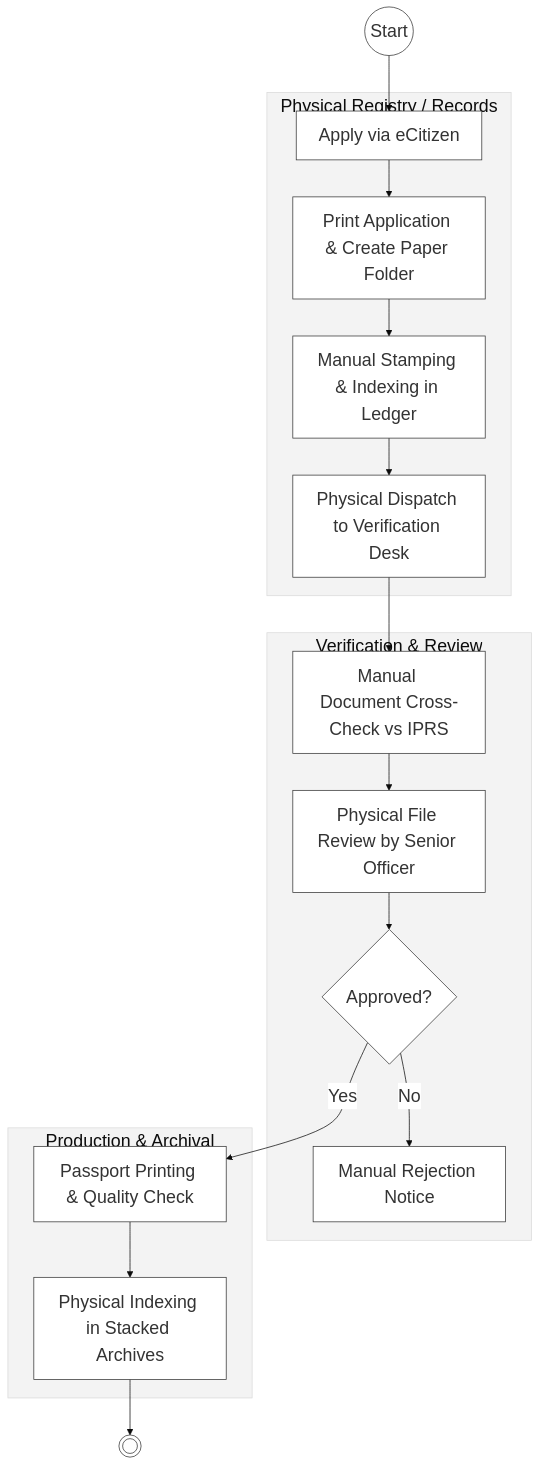
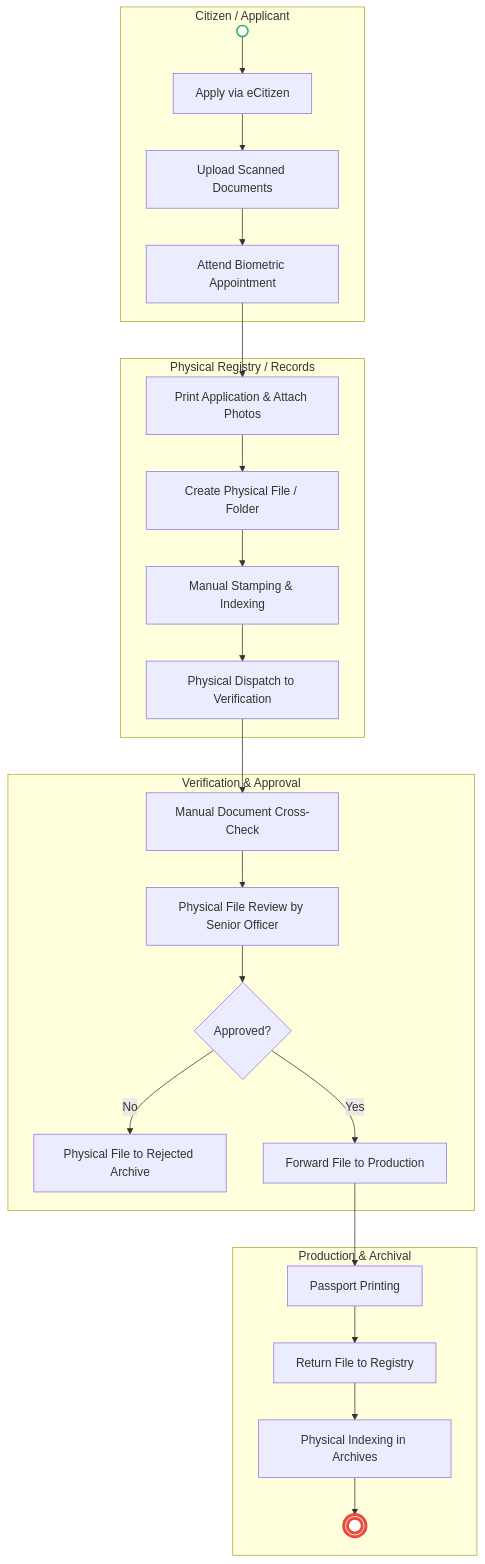
Before and after one commit to BITZ-IT-Consulting-LTD/ictapoc: the first of 2 diagrams in mdas/docs_final/priority_mdas/STATE_DEPARTMENT_FOR_IMMIGRATION_AND_CITIZEN_SERVICES___Passport_Application.md, drawn with Mermaid. The commit also changed other lines of this file and 90 other files, not shown here.

````diff
--- a/mdas/docs_final/priority_mdas/STATE_DEPARTMENT_FOR_IMMIGRATION_AND_CITIZEN_SERVICES___Passport_Application.md
+++ b/mdas/docs_final/priority_mdas/STATE_DEPARTMENT_FOR_IMMIGRATION_AND_CITIZEN_SERVICES___Passport_Application.md
@@ -77,25 +35,33 @@
 ```mermaid
-%%{init: { 'theme': 'base', 'themeVariables': { 'fontSize': '24px', 'fontFamily': 'Inter, system-ui, sans-serif', 'primaryColor': '#ffffff', 'edgeLabelBackground':'#ffffff', 'tertiaryColor': '#f3f3f3', 'mainBkg': '#ffffff', 'nodeBorder': '#333333' } } }%%
 flowchart TD
-    Start((Start)) --> A1[Apply via eCitizen]
-    
-    subgraph Registry["Physical Registry / Records"]
-        A1 --> B1[Print Application & Create Paper Folder]
-        B1 --> B2[Manual Stamping & Indexing in Ledger]
-        B2 --> B3[Physical Dispatch to Verification Desk]
+    subgraph Applicant["Citizen / Applicant"]
+        Start(( )) --> A1[Apply via eCitizen]
+        A1 --> A2[Upload Scanned Documents]
+        A2 --> A3[Attend Biometric Appointment]
     end
 
-    subgraph Verification["Verification & Review"]
-        B3 --> C1[Manual Document Cross-Check vs IPRS]
+    subgraph Registry["Physical Registry / Records"]
+        A3 --> B1[Print Application & Attach Photos]
+        B1 --> B2[Create Physical File / Folder]
+        B2 --> B3[Manual Stamping & Indexing]
+        B3 --> B4[Physical Dispatch to Verification]
+    end
+
+    subgraph Verification["Verification & Approval"]
+        B4 --> C1[Manual Document Cross-Check]
         C1 --> C2[Physical File Review by Senior Officer]
         C2 --> C3{Approved?}
-        C3 -- No --> C4[Manual Rejection Notice]
+        C3 -- No --> C4[Physical File to Rejected Archive]
+        C3 -- Yes --> C5[Forward File to Production]
     end
 
     subgraph Issuance["Production & Archival"]
-        C3 -- Yes --> D1[Passport Printing & Quality Check]
-        D1 --> D2[Physical Indexing in Stacked Archives]
+        C5 --> D1[Passport Printing]
+        D1 --> D2[Return File to Registry]
+        D2 --> D3[Physical Indexing in Archives]
+        D3 --> End((( )))
     end
 
-    D2 --> End((( )))
+    style Start fill:#fff,stroke:#27ae60,stroke-width:2px
+    style End fill:#fff,stroke:#e74c3c,stroke-width:4px
 ```
````
